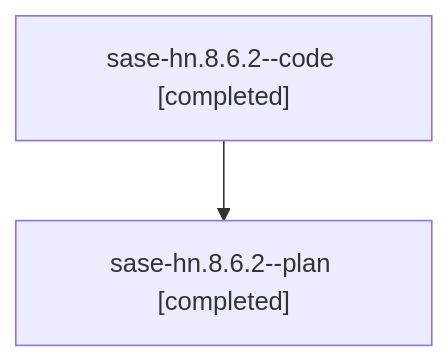
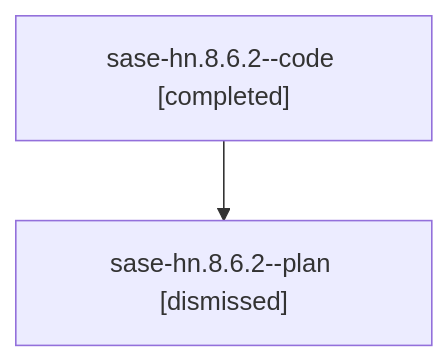
One commit to sase-org/sase--agents changed the diagram in families/bbugyi200.athena.sase-hn.8.6.2.md. Above: the diagram before and after it, drawn with Mermaid. The commit also changed other lines of this file and 2170 other files, not shown here.

````diff
--- a/families/bbugyi200.athena.sase-hn.8.6.2.md
+++ b/families/bbugyi200.athena.sase-hn.8.6.2.md
@@ -9,6 +9,6 @@
 ```mermaid
 flowchart TD
   n0["sase-hn.8.6.2--code [completed]"]
-  n1["sase-hn.8.6.2--plan [completed]"]
+  n1["sase-hn.8.6.2--plan [dismissed]"]
   n0 --> n1
 ```
````
